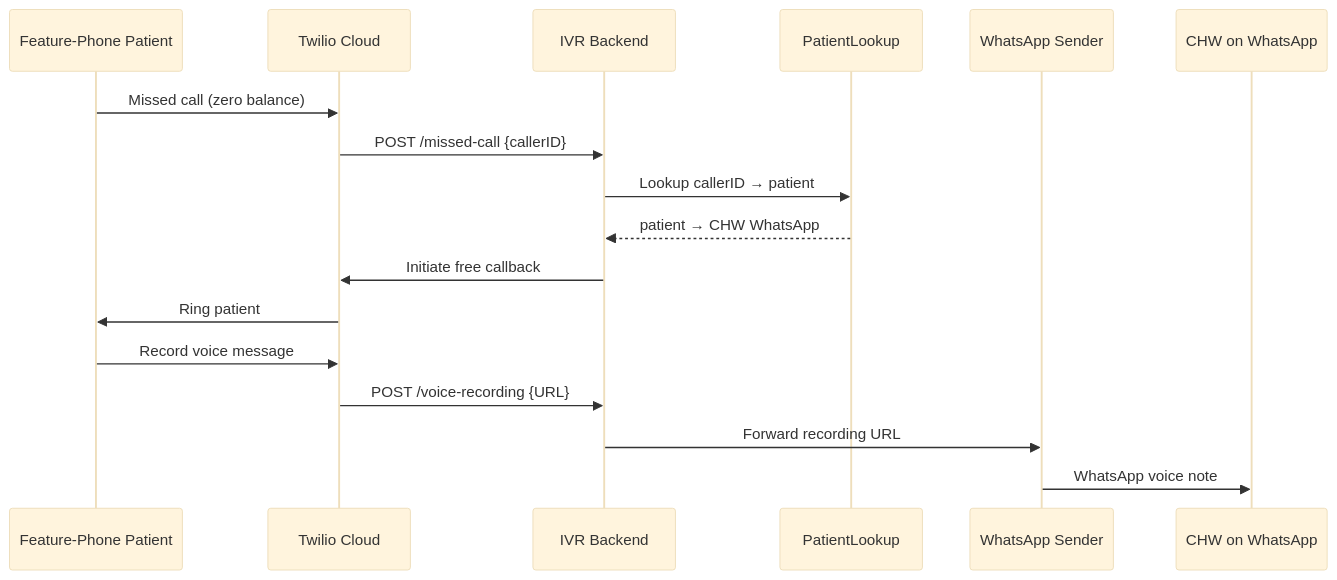
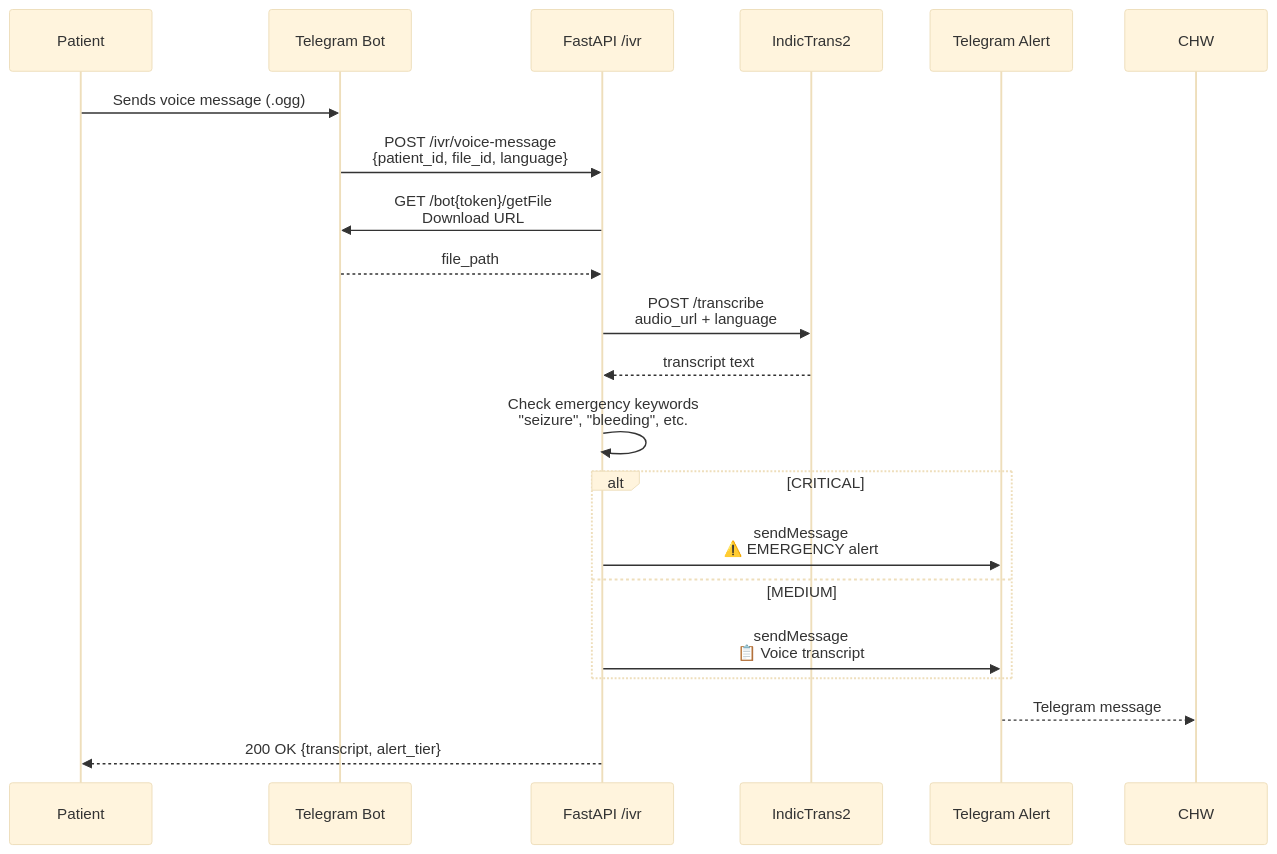
Before and after one commit to Syed-Abdullah-Abrar/AAVISHKAR-PRAVAH: the second of 4 diagrams in docs/architecture.md, drawn with Mermaid (base theme). The commit also changed other lines of this file and 11 other files, not shown here.

Commit message:
feat(o2): Phase 3 complete — Telegram IVR, full Flutter UI, GPS auto-tag

````diff
--- a/docs/architecture.md
+++ b/docs/architecture.md
@@ -125,20 +130,24 @@
 ```mermaid
 sequenceDiagram
-    participant PT as Feature-Phone Patient
-    participant TW as Twilio Cloud
-    participant IVR as IVR Backend
-    participant PL as PatientLookup
-    participant WA as WhatsApp Sender
-    participant CHW as CHW on WhatsApp
+    participant P as Patient
+    participant TB as Telegram Bot
+    participant FA as FastAPI /ivr
+    participant IT as IndicTrans2
+    participant TA as Telegram Alert
+    participant CHW as CHW
 
-    PT->>TW: Missed call (zero balance)
-    TW->>IVR: POST /missed-call {callerID}
-    IVR->>PL: Lookup callerID → patient
-    PL-->>IVR: patient → CHW WhatsApp
-    IVR->>TW: Initiate free callback
-    TW->>PT: Ring patient
-    PT->>TW: Record voice message
-    TW->>IVR: POST /voice-recording {URL}
-    IVR->>WA: Forward recording URL
-    WA->>CHW: WhatsApp voice note
+    P->>TB: Sends voice message (.ogg)
+    TB->>FA: POST /ivr/voice-message<br/>{patient_id, file_id, language}
+    FA->>TB: GET /bot{token}/getFile<br/>Download URL
+    TB-->>FA: file_path
+    FA->>IT: POST /transcribe<br/>audio_url + language
+    IT-->>FA: transcript text
+    FA->>FA: Check emergency keywords<br/>"seizure", "bleeding", etc.
+    alt CRITICAL
+        FA->>TA: sendMessage<br/>⚠️ EMERGENCY alert
+    else MEDIUM
+        FA->>TA: sendMessage<br/>📋 Voice transcript
+    end
+    TA-->>CHW: Telegram message
+    FA-->>P: 200 OK {transcript, alert_tier}
 ```
````
